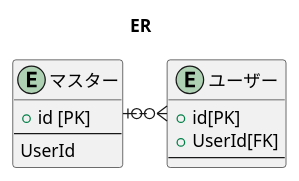
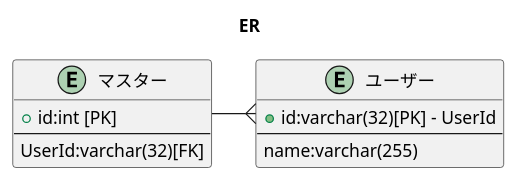
One commit to almblm/ERImage changed the diagram in RelationSample.pu. Above: the diagram before and after it, drawn with PlantUML. The commit also changed 1 other file, not shown here.

Commit message:
ref relationDB ER

```diff
--- a/RelationSample.pu
+++ b/RelationSample.pu
@@ -1,16 +1,16 @@
 @startuml
 title ER
 entity "マスター" as Master{
-+ id [PK]
++ id:int [PK]
 --
-UserId
+UserId:varchar(32)[FK]
 }
 
 entity "ユーザー" as User{
-+ id[PK]
-+ UserId[FK]
++ id:varchar(32)[PK] - UserId
 --
+name:varchar(255)
 }
 
-Master |o-ri-o{    User
+Master -ri-{    User
 @enduml
```
